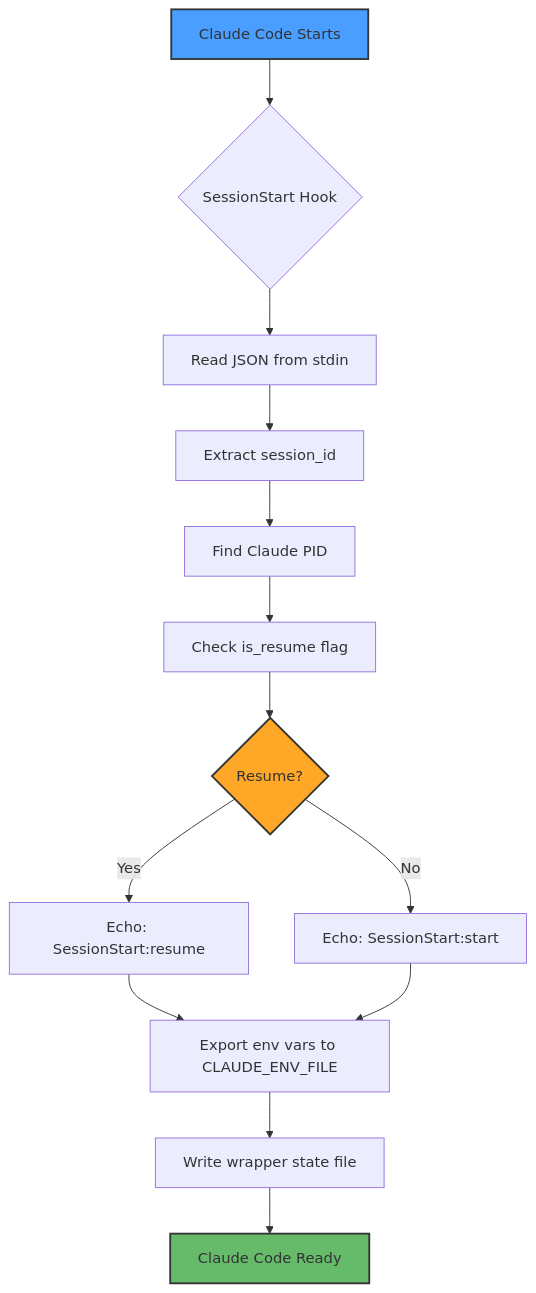
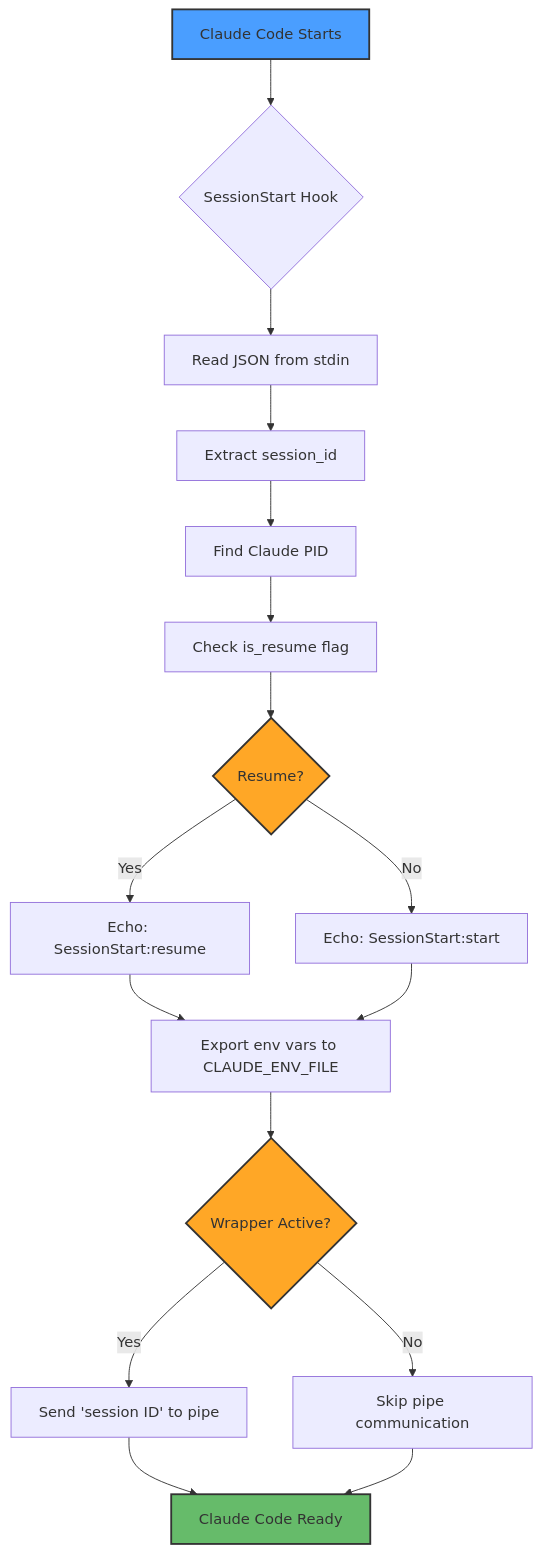
Before and after one commit to ManuelKugelmann/BitBot: the first of 3 diagrams in sparc/1-specification/04_SESSION_MANAGEMENT.md, drawn with Mermaid. The commit also changed other lines of this file and 2 other files, not shown here.

First line of the commit message:
Docs: Update all documentation to reflect pipe-based session communication

````diff
--- a/sparc/1-specification/04_SESSION_MANAGEMENT.md
+++ b/sparc/1-specification/04_SESSION_MANAGEMENT.md
@@ -224,19 +226,23 @@
 ```mermaid
 graph TD
     A[Claude Code Starts] --> B{SessionStart Hook}
     B --> C[Read JSON from stdin]
     C --> D[Extract session_id]
     D --> E[Find Claude PID]
     E --> F[Check is_resume flag]
     F --> G{Resume?}
     G -->|Yes| H[Echo: SessionStart:resume]
     G -->|No| I[Echo: SessionStart:start]
     H --> J[Export env vars to CLAUDE_ENV_FILE]
     I --> J
-    J --> K[Write wrapper state file]
-    K --> L[Claude Code Ready]
+    J --> K{Wrapper Active?}
+    K -->|Yes| L[Send 'session ID' to pipe]
+    K -->|No| M[Skip pipe communication]
+    L --> N[Claude Code Ready]
+    M --> N
 
     style A fill:#4a9eff,stroke:#333,stroke-width:2px
     style G fill:#ffa726,stroke:#333,stroke-width:2px,color:#333
-    style L fill:#66bb6a,stroke:#333,stroke-width:2px,color:#333
+    style K fill:#ffa726,stroke:#333,stroke-width:2px,color:#333
+    style N fill:#66bb6a,stroke:#333,stroke-width:2px,color:#333
 ```
````
